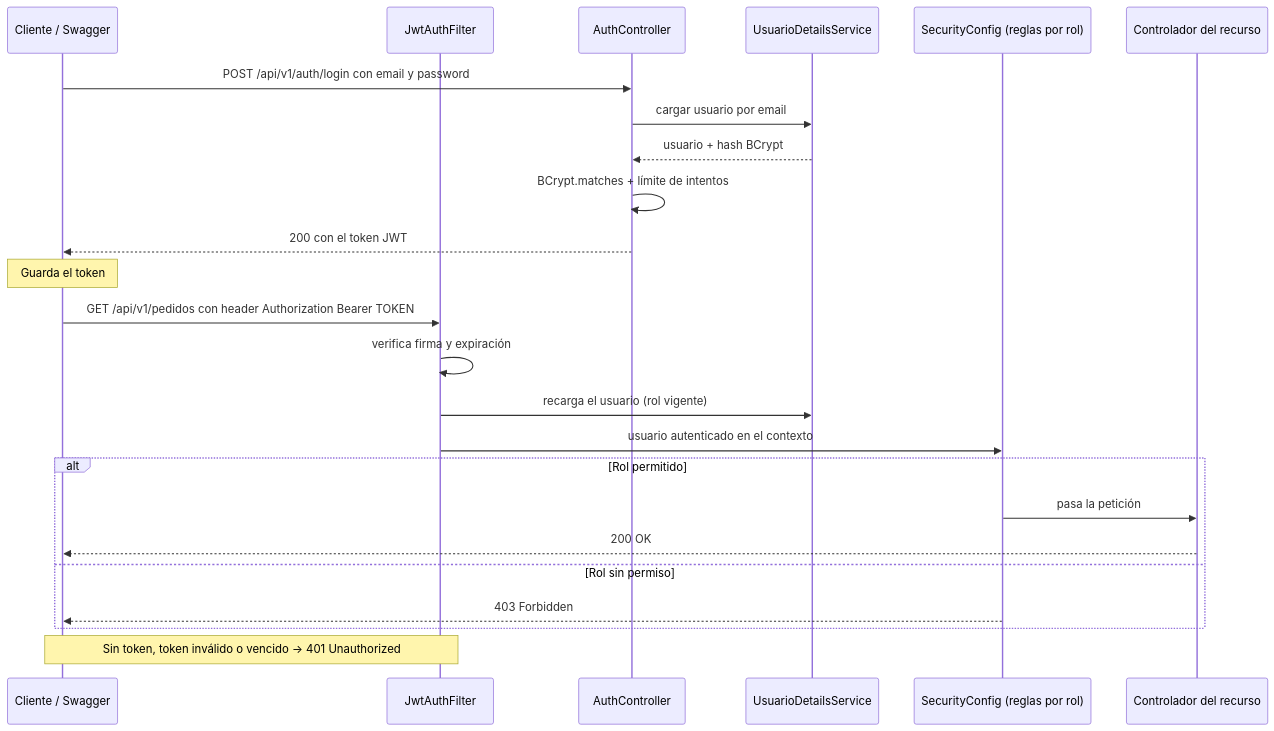
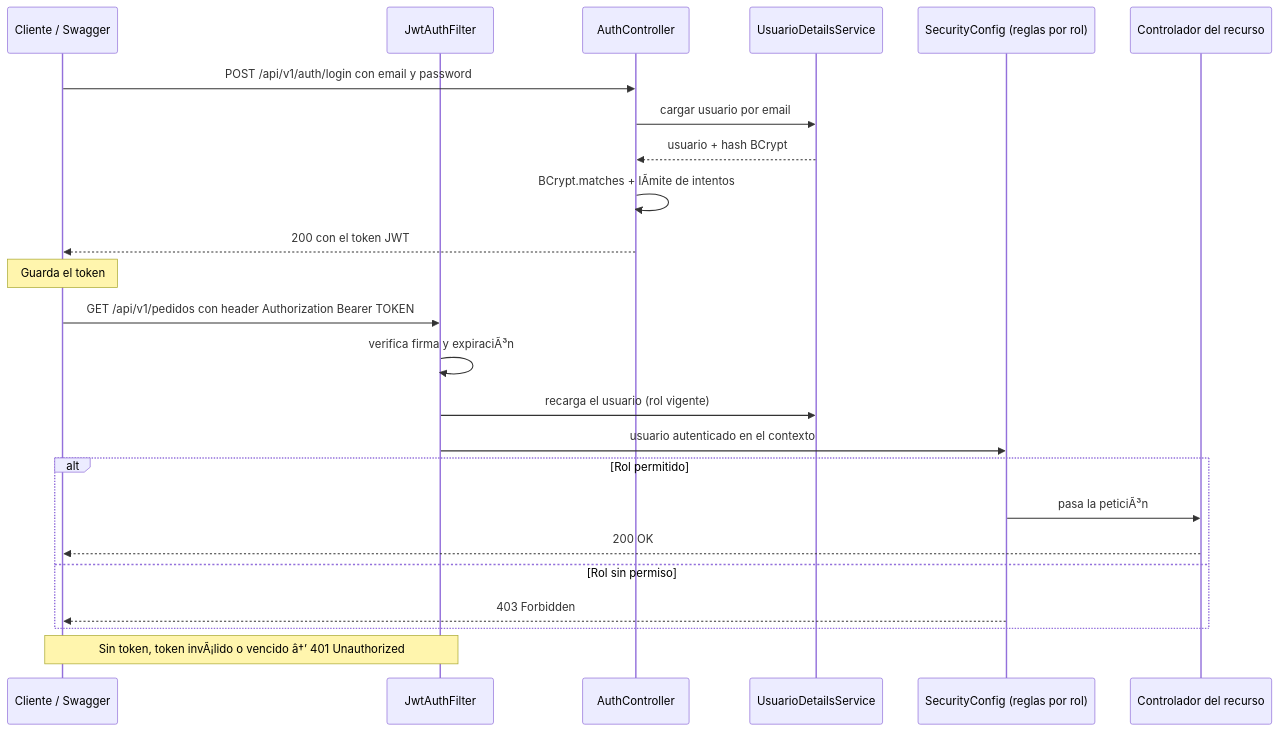
Before and after one commit to JulianMorales2003/Bitacora_Corte2_JulianMorales: the fourth of 4 diagrams in README.md, drawn with Mermaid. The commit also changed other lines of this file and 7 other files, not shown here.

````diff
--- a/README.md
+++ b/README.md
@@ -454,28 +454,28 @@
 ```mermaid
 sequenceDiagram
     participant C as Cliente / Swagger
     participant F as JwtAuthFilter
     participant A as AuthController
     participant U as UsuarioDetailsService
     participant S as SecurityConfig (reglas por rol)
     participant API as Controlador del recurso
 
     C->>A: POST /api/v1/auth/login con email y password
     A->>U: cargar usuario por email
     U-->>A: usuario + hash BCrypt
-    A->>A: BCrypt.matches + límite de intentos
+    A->>A: BCrypt.matches + lÃ­mite de intentos
     A-->>C: 200 con el token JWT
     Note over C: Guarda el token
 
     C->>F: GET /api/v1/pedidos con header Authorization Bearer TOKEN
-    F->>F: verifica firma y expiración
+    F->>F: verifica firma y expiraciÃ³n
     F->>U: recarga el usuario (rol vigente)
     F->>S: usuario autenticado en el contexto
     alt Rol permitido
-        S->>API: pasa la petición
+        S->>API: pasa la peticiÃ³n
         API-->>C: 200 OK
     else Rol sin permiso
         S-->>C: 403 Forbidden
     end
-    Note over F,C: Sin token, token inválido o vencido → 401 Unauthorized
+    Note over F,C: Sin token, token invÃ¡lido o vencido â†’ 401 Unauthorized
 ```
````
